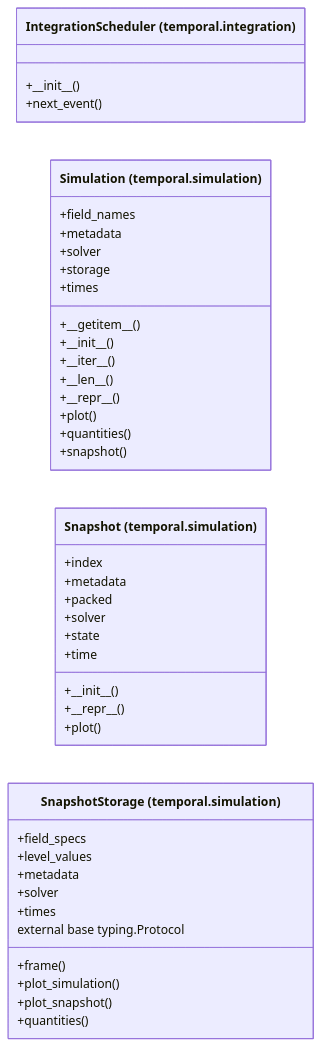
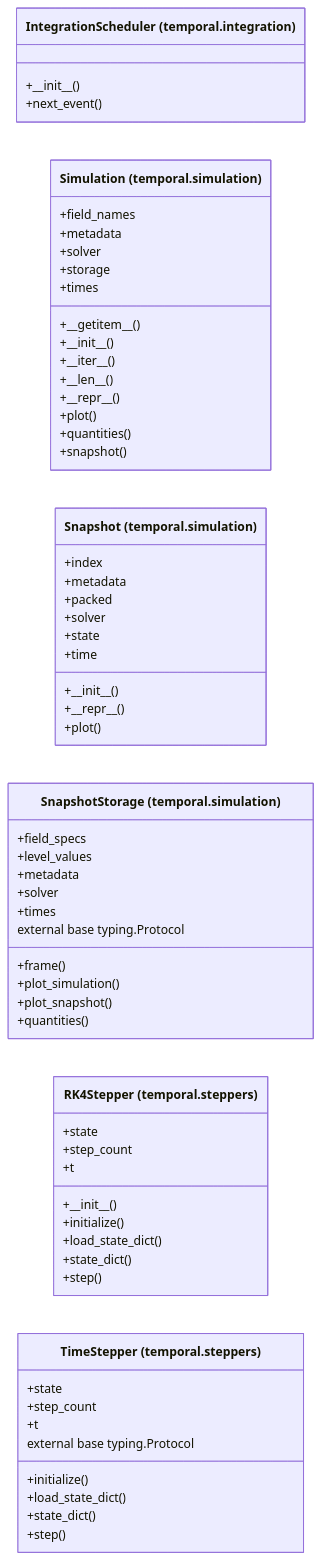
Before and after one commit to AlexandreEros/Palintropos: the diagram in docs/architecture/current/classes/tropoi.temporal.mmd, drawn with Mermaid. The commit also changed 13 other files, not shown here.

First line of the commit message:
feat(temporal): TimeStepper protocol and RK4Stepper; PE runner adopts it

```diff
--- a/docs/architecture/current/classes/tropoi.temporal.mmd
+++ b/docs/architecture/current/classes/tropoi.temporal.mmd
@@ -1,42 +1,60 @@
 %% Generated by tools.architecture 1.0.0. Do not edit by hand.
 %% All classes defined in package tropoi.temporal.
 classDiagram
     direction LR
     class c_tropoi_otemporal_ointegration_oIntegrationScheduler["IntegrationScheduler (temporal.integration)"]
     c_tropoi_otemporal_ointegration_oIntegrationScheduler : +#95;#95;init#95;#95;()
     c_tropoi_otemporal_ointegration_oIntegrationScheduler : +next#95;event()
     class c_tropoi_otemporal_osimulation_oSimulation["Simulation (temporal.simulation)"]
     c_tropoi_otemporal_osimulation_oSimulation : +#95;#95;getitem#95;#95;()
     c_tropoi_otemporal_osimulation_oSimulation : +#95;#95;init#95;#95;()
     c_tropoi_otemporal_osimulation_oSimulation : +#95;#95;iter#95;#95;()
     c_tropoi_otemporal_osimulation_oSimulation : +#95;#95;len#95;#95;()
     c_tropoi_otemporal_osimulation_oSimulation : +#95;#95;repr#95;#95;()
     c_tropoi_otemporal_osimulation_oSimulation : +field#95;names
     c_tropoi_otemporal_osimulation_oSimulation : +metadata
     c_tropoi_otemporal_osimulation_oSimulation : +plot()
     c_tropoi_otemporal_osimulation_oSimulation : +quantities()
     c_tropoi_otemporal_osimulation_oSimulation : +snapshot()
     c_tropoi_otemporal_osimulation_oSimulation : +solver
     c_tropoi_otemporal_osimulation_oSimulation : +storage
     c_tropoi_otemporal_osimulation_oSimulation : +times
     class c_tropoi_otemporal_osimulation_oSnapshot["Snapshot (temporal.simulation)"]
     c_tropoi_otemporal_osimulation_oSnapshot : +#95;#95;init#95;#95;()
     c_tropoi_otemporal_osimulation_oSnapshot : +#95;#95;repr#95;#95;()
     c_tropoi_otemporal_osimulation_oSnapshot : +index
     c_tropoi_otemporal_osimulation_oSnapshot : +metadata
     c_tropoi_otemporal_osimulation_oSnapshot : +packed
     c_tropoi_otemporal_osimulation_oSnapshot : +plot()
     c_tropoi_otemporal_osimulation_oSnapshot : +solver
     c_tropoi_otemporal_osimulation_oSnapshot : +state
     c_tropoi_otemporal_osimulation_oSnapshot : +time
     class c_tropoi_otemporal_osimulation_oSnapshotStorage["SnapshotStorage (temporal.simulation)"]
     c_tropoi_otemporal_osimulation_oSnapshotStorage : +field#95;specs
     c_tropoi_otemporal_osimulation_oSnapshotStorage : +frame()
     c_tropoi_otemporal_osimulation_oSnapshotStorage : +level#95;values
     c_tropoi_otemporal_osimulation_oSnapshotStorage : +metadata
     c_tropoi_otemporal_osimulation_oSnapshotStorage : +plot#95;simulation()
     c_tropoi_otemporal_osimulation_oSnapshotStorage : +plot#95;snapshot()
     c_tropoi_otemporal_osimulation_oSnapshotStorage : +quantities()
     c_tropoi_otemporal_osimulation_oSnapshotStorage : +solver
     c_tropoi_otemporal_osimulation_oSnapshotStorage : +times
     c_tropoi_otemporal_osimulation_oSnapshotStorage : external base typing.Protocol
+    class c_tropoi_otemporal_osteppers_oRK4Stepper["RK4Stepper (temporal.steppers)"]
+    c_tropoi_otemporal_osteppers_oRK4Stepper : +#95;#95;init#95;#95;()
+    c_tropoi_otemporal_osteppers_oRK4Stepper : +initialize()
+    c_tropoi_otemporal_osteppers_oRK4Stepper : +load#95;state#95;dict()
+    c_tropoi_otemporal_osteppers_oRK4Stepper : +state
+    c_tropoi_otemporal_osteppers_oRK4Stepper : +state#95;dict()
+    c_tropoi_otemporal_osteppers_oRK4Stepper : +step()
+    c_tropoi_otemporal_osteppers_oRK4Stepper : +step#95;count
+    c_tropoi_otemporal_osteppers_oRK4Stepper : +t
+    class c_tropoi_otemporal_osteppers_oTimeStepper["TimeStepper (temporal.steppers)"]
+    c_tropoi_otemporal_osteppers_oTimeStepper : +initialize()
+    c_tropoi_otemporal_osteppers_oTimeStepper : +load#95;state#95;dict()
+    c_tropoi_otemporal_osteppers_oTimeStepper : +state
+    c_tropoi_otemporal_osteppers_oTimeStepper : +state#95;dict()
+    c_tropoi_otemporal_osteppers_oTimeStepper : +step()
+    c_tropoi_otemporal_osteppers_oTimeStepper : +step#95;count
+    c_tropoi_otemporal_osteppers_oTimeStepper : +t
+    c_tropoi_otemporal_osteppers_oTimeStepper : external base typing.Protocol
```
